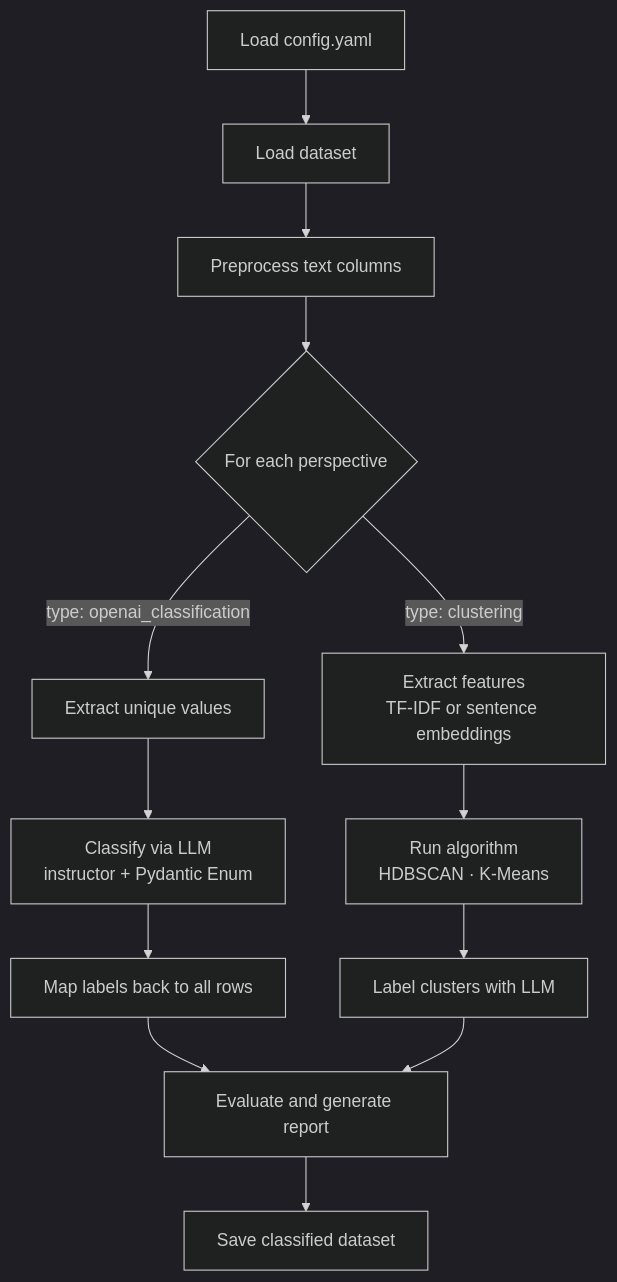
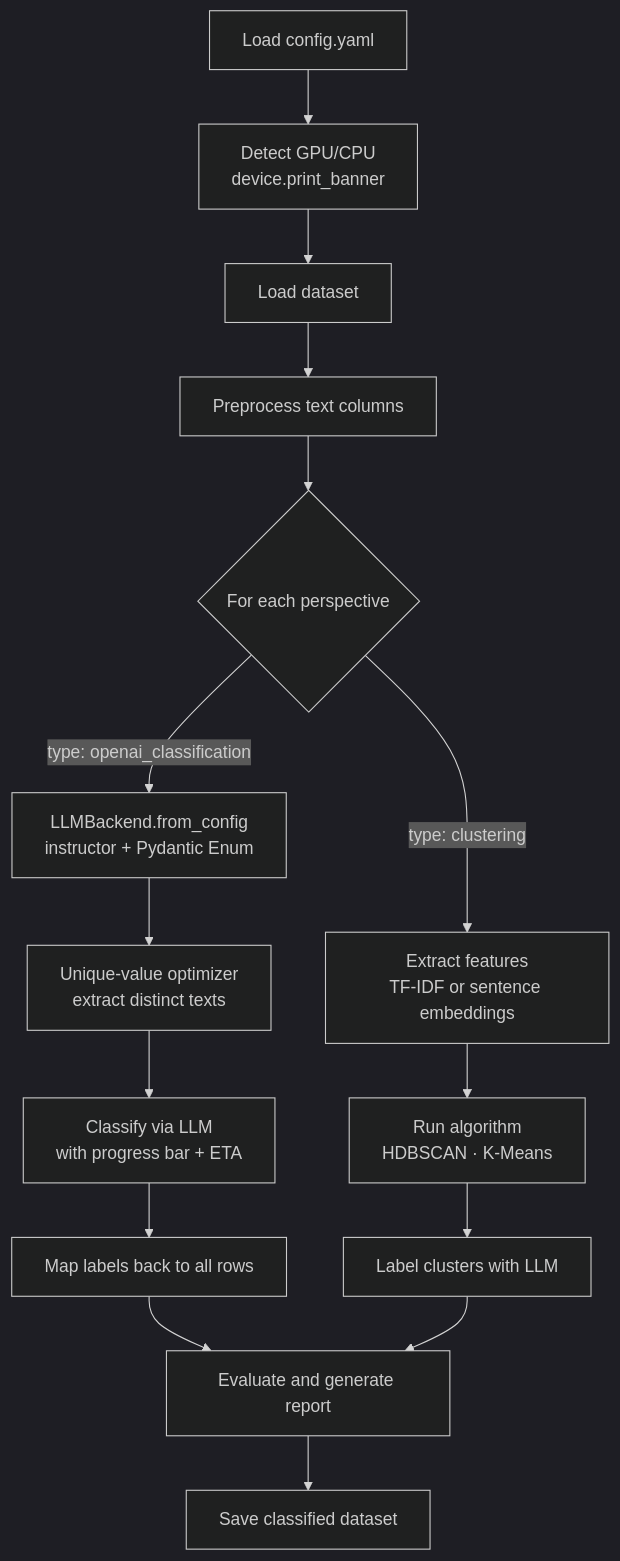
Before and after one commit to JuanLara18/Text-Classification-System: the second of 6 diagrams in docs/architecture.md, drawn with Mermaid (dark theme). The commit also changed other lines of this file and 1 other file, not shown here.

First line of the commit message:
Enhance architecture documentation with device detection and progress tracking

````diff
--- a/docs/architecture.md
+++ b/docs/architecture.md
@@ -29,18 +31,20 @@
 ```mermaid
 flowchart TD
-    A[Load config.yaml] --> B[Load dataset]
-    B --> C[Preprocess text columns]
-    C --> D{For each perspective}
+    A[Load config.yaml] --> B[Detect GPU/CPU\ndevice.print_banner]
+    B --> C[Load dataset]
+    C --> D[Preprocess text columns]
+    D --> E{For each perspective}
 
-    D -->|type: openai_classification| E[Extract unique values]
-    E --> F[Classify via LLM\ninstructor + Pydantic Enum]
-    F --> G[Map labels back to all rows]
+    E -->|type: openai_classification| F[LLMBackend.from_config\ninstructor + Pydantic Enum]
+    F --> G[Unique-value optimizer\nextract distinct texts]
+    G --> H[Classify via LLM\nwith progress bar + ETA]
+    H --> I[Map labels back to all rows]
 
-    D -->|type: clustering| H[Extract features\nTF-IDF or sentence embeddings]
-    H --> I[Run algorithm\nHDBSCAN · K-Means]
-    I --> J[Label clusters with LLM]
+    E -->|type: clustering| J[Extract features\nTF-IDF or sentence embeddings]
+    J --> K[Run algorithm\nHDBSCAN · K-Means]
+    K --> L[Label clusters with LLM]
 
-    G --> K[Evaluate and generate report]
-    J --> K
-    K --> L[Save classified dataset]
+    I --> M[Evaluate and generate report]
+    L --> M
+    M --> N[Save classified dataset]
 ```
````
